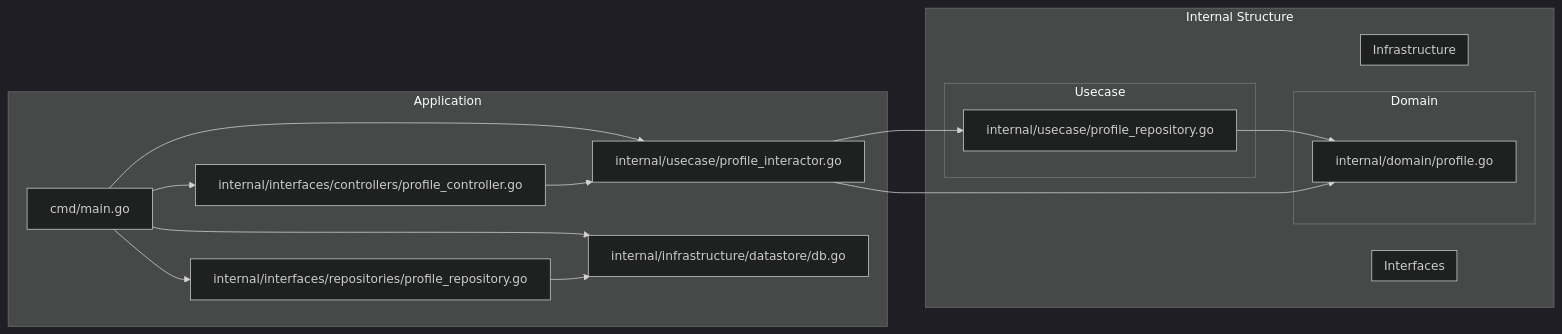
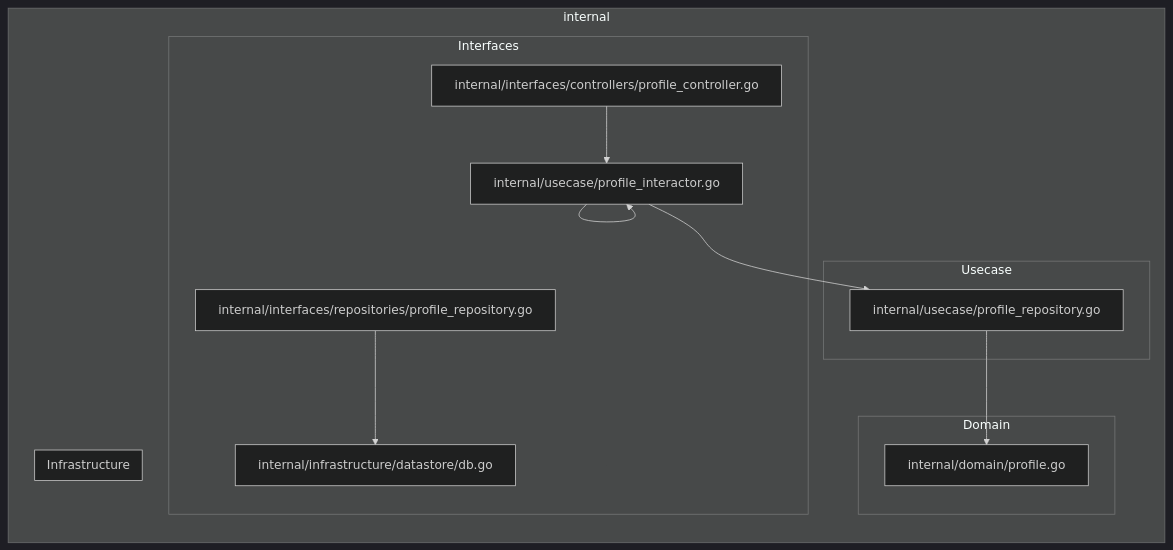
One commit to StepByCode/BridgeMe-Back changed the first of 2 diagrams in README.md. Above: the diagram before and after it, drawn with Mermaid (dark theme). The commit also changed other lines of this file, not shown here.

Commit message:
もう一度確認

````diff
--- a/README.md
+++ b/README.md
@@ -76,36 +76,29 @@
 ```mermaid
 graph LR
-    subgraph Application
-        cmd_main[cmd/main.go] --> internal_controllers[internal/interfaces/controllers]
-        cmd_main --> internal_interactors[internal/usecase]
-        cmd_main --> internal_repositories_impl[internal/interfaces/repositories]
-        cmd_main --> internal_db[internal/infrastructure/datastore]
-    end
-
-    subgraph Internal Structure
+    subgraph internal
         subgraph Interfaces
             internal_controllers --> internal_interactors
             internal_repositories_impl --> internal_db
         end
 
         subgraph Usecase
             internal_interactors --> internal_repositories_interface[internal/usecase]
         end
 
         subgraph Domain
             internal_repositories_interface --> internal_domain_profile[internal/domain]
-            internal_interactors --> internal_domain_profile
+            internal_interactors --> internal_interactors
         end
 
         subgraph Infrastructure
             internal_db
         end
     end
 
     internal_domain_profile[internal/domain/profile.go]
     internal_repositories_interface[internal/usecase/profile_repository.go]
     internal_interactors[internal/usecase/profile_interactor.go]
     internal_controllers[internal/interfaces/controllers/profile_controller.go]
     internal_repositories_impl[internal/interfaces/repositories/profile_repository.go]
     internal_db[internal/infrastructure/datastore/db.go]
 ```
````
